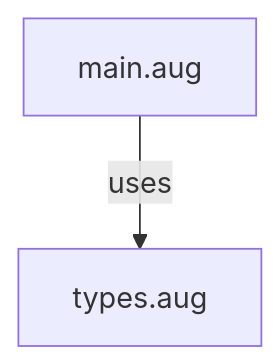
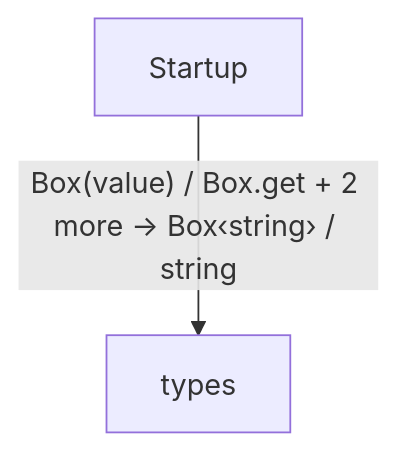
Before and after one commit to GreenPandaStudios/augscript: the diagram in docs/examples/generics/diagrams/index.md, drawn with Mermaid. The commit also changed other lines of this file and 524 other files, not shown here.

Commit message:
Explain checked data flow at folder and service levels

````diff
--- a/docs/examples/generics/diagrams/index.md
+++ b/docs/examples/generics/diagrams/index.md
@@ -29,6 +19,6 @@
 ```mermaid
 flowchart TD
-    n0["main.aug"]
-    n1["types.aug"]
-    n0 -->|"uses"| n1
+    n0["Startup"]
+    n1["types"]
+    n0 -->|"Box(value) / Box.get + 2 more → Box‹string› / string"| n1
 ```
````
